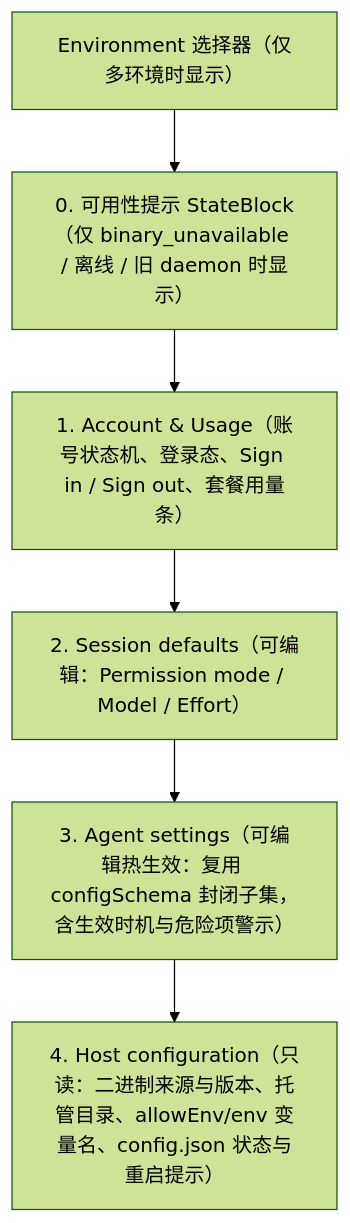
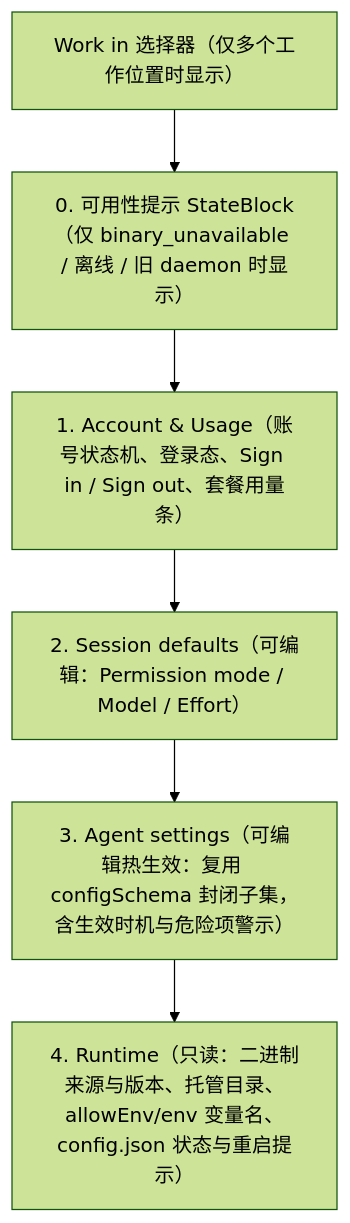
One commit to OhMyJames/cycle changed the diagram in docs/harness-settings.md. Above: the diagram before and after it, drawn with Mermaid (forest theme). The commit also changed other lines of this file and 173 other files, not shown here.

First line of the commit message:
feat: split Work in from environments, and give sessions an environment

````diff
--- a/docs/harness-settings.md
+++ b/docs/harness-settings.md
@@ -106,8 +106,8 @@
 ```mermaid
 flowchart TD
-    Env["Environment 选择器（仅多环境时显示）"] --> Avail["0. 可用性提示 StateBlock（仅 binary_unavailable / 离线 / 旧 daemon 时显示）"]
+    Env["Work in 选择器（仅多个工作位置时显示）"] --> Avail["0. 可用性提示 StateBlock（仅 binary_unavailable / 离线 / 旧 daemon 时显示）"]
     Avail --> Acc["1. Account & Usage（账号状态机、登录态、Sign in / Sign out、套餐用量条）"]
     Acc --> Def["2. Session defaults（可编辑：Permission mode / Model / Effort）"]
     Def --> Run["3. Agent settings（可编辑热生效：复用 configSchema 封闭子集，含生效时机与危险项警示）"]
-    Run --> Host["4. Host configuration（只读：二进制来源与版本、托管目录、allowEnv/env 变量名、config.json 状态与重启提示）"]
+    Run --> Host["4. Runtime（只读：二进制来源与版本、托管目录、allowEnv/env 变量名、config.json 状态与重启提示）"]
 ```
````
